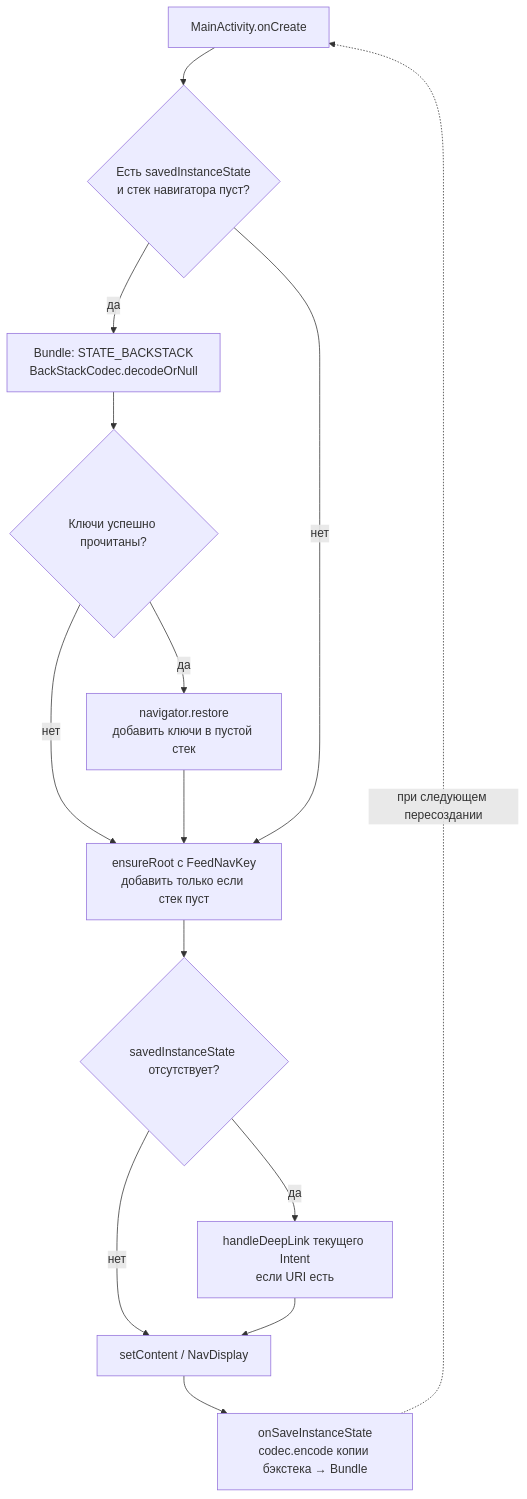
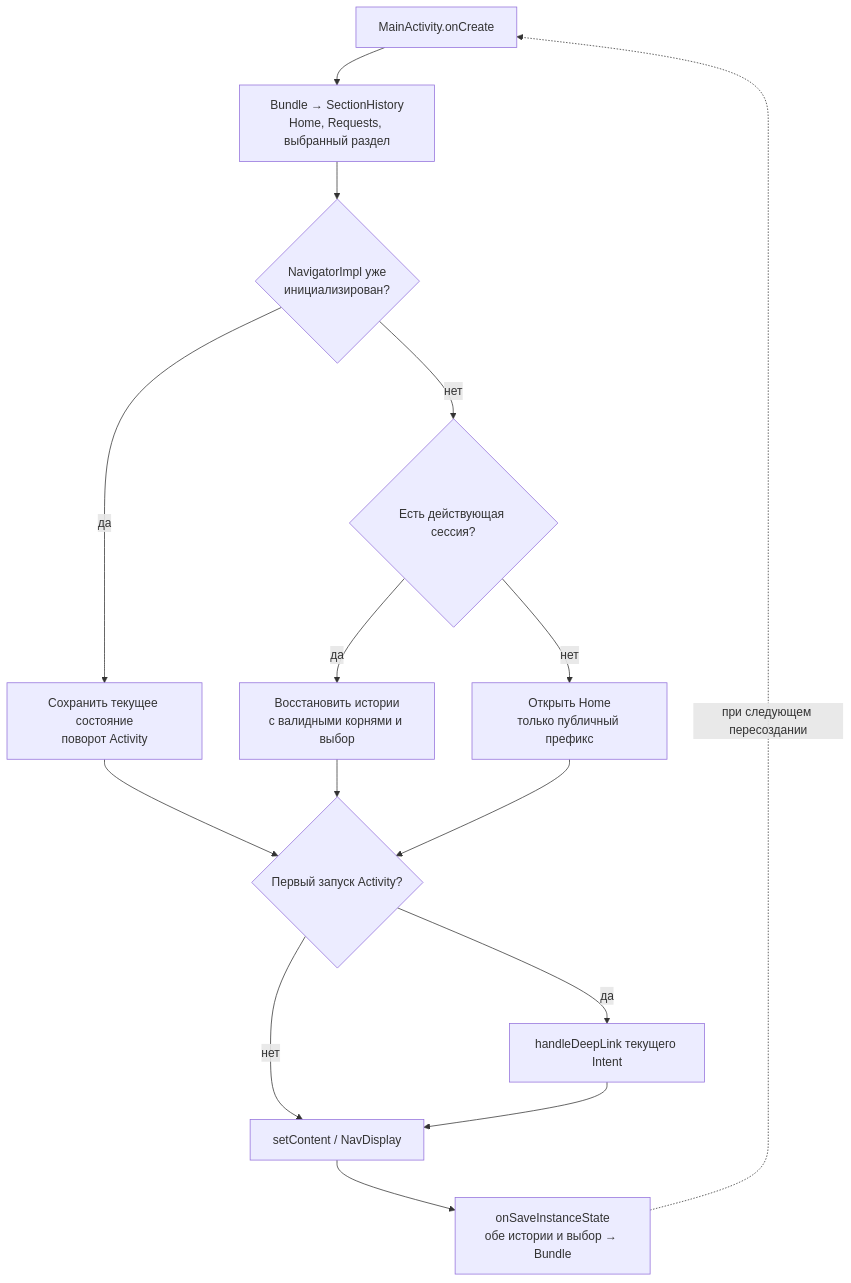
One commit to akma302/NavPlayground changed the fifth of 6 diagrams in docs/navigation.md. Above: the diagram before and after it, drawn with Mermaid. The commit also changed other lines of this file and 9 other files, not shown here.

````diff
--- a/docs/navigation.md
+++ b/docs/navigation.md
@@ -164,16 +168,17 @@
 ```mermaid
 flowchart TB
-    Create["MainActivity.onCreate"] --> Need{"Есть savedInstanceState<br/>и стек навигатора пуст?"}
-    Need -->|да| Decode["Bundle: STATE_BACKSTACK<br/>BackStackCodec.decodeOrNull"]
-    Decode --> Valid{"Ключи успешно прочитаны?"}
-    Valid -->|да| Restore["navigator.restore<br/>добавить ключи в пустой стек"]
-    Valid -->|нет| Root["ensureRoot с FeedNavKey<br/>добавить только если стек пуст"]
-    Restore --> Root
-    Need -->|нет| Root
-    Root --> Cold{"savedInstanceState отсутствует?"}
-    Cold -->|да| Intent["handleDeepLink текущего Intent<br/>если URI есть"]
+    Create["MainActivity.onCreate"] --> Decode["Bundle → SectionHistory<br/>Home, Requests, выбранный раздел"]
+    Decode --> Need{"NavigatorImpl уже<br/>инициализирован?"}
+    Need -->|да| Existing["Сохранить текущее состояние<br/>поворот Activity"]
+    Need -->|нет| Session{"Есть действующая сессия?"}
+    Session -->|да| Restore["Восстановить истории<br/>с валидными корнями и выбор"]
+    Session -->|нет| Public["Открыть Home<br/>только публичный префикс"]
+    Existing --> Cold{"Первый запуск Activity?"}
+    Restore --> Cold
+    Public --> Cold
+    Cold -->|да| Intent["handleDeepLink текущего Intent"]
     Cold -->|нет| UI["setContent / NavDisplay"]
     Intent --> UI
-    UI --> Save["onSaveInstanceState<br/>codec.encode копии бэкстека → Bundle"]
+    UI --> Save["onSaveInstanceState<br/>обе истории и выбор → Bundle"]
     Save -.->|при следующем пересоздании| Create
 ```
````
